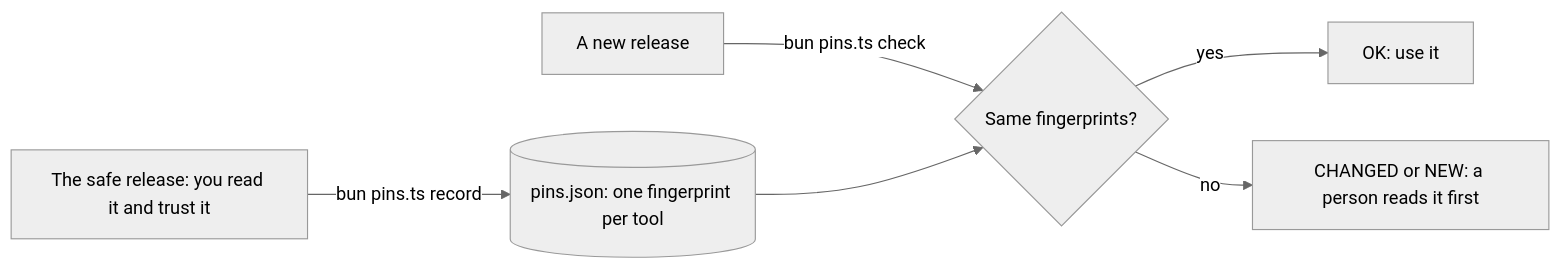
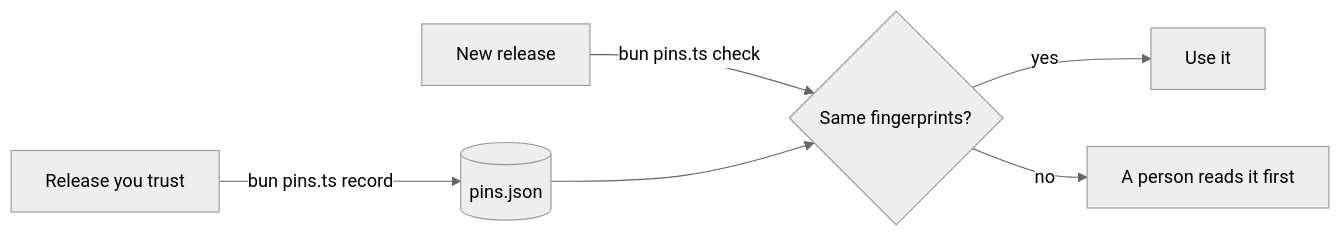
The diagram in parts/04-defend-and-ship/01-pin-third-party-tools/problem/README.md (learnwithparam/mcp-workshop), drawn with Mermaid (neutral theme) before and after one commit. The commit also changed other lines of this file and 23 other files, not shown here.

````diff
--- a/parts/04-defend-and-ship/01-pin-third-party-tools/problem/README.md
+++ b/parts/04-defend-and-ship/01-pin-third-party-tools/problem/README.md
@@ -19,8 +7,8 @@
 ```mermaid
 flowchart LR
-  R1[The safe release: you read it and trust it] -- "bun pins.ts record" --> P[(pins.json: one fingerprint per tool)]
-  R2[A new release] -- "bun pins.ts check" --> C{Same fingerprints?}
+  R1[Release you trust] -- "bun pins.ts record" --> P[(pins.json)]
+  R2[New release] -- "bun pins.ts check" --> C{Same fingerprints?}
   P --> C
-  C -- yes --> OK[OK: use it]
-  C -- no --> STOP[CHANGED or NEW: a person reads it first]
+  C -- yes --> OK[Use it]
+  C -- no --> STOP[A person reads it first]
 ```
````
